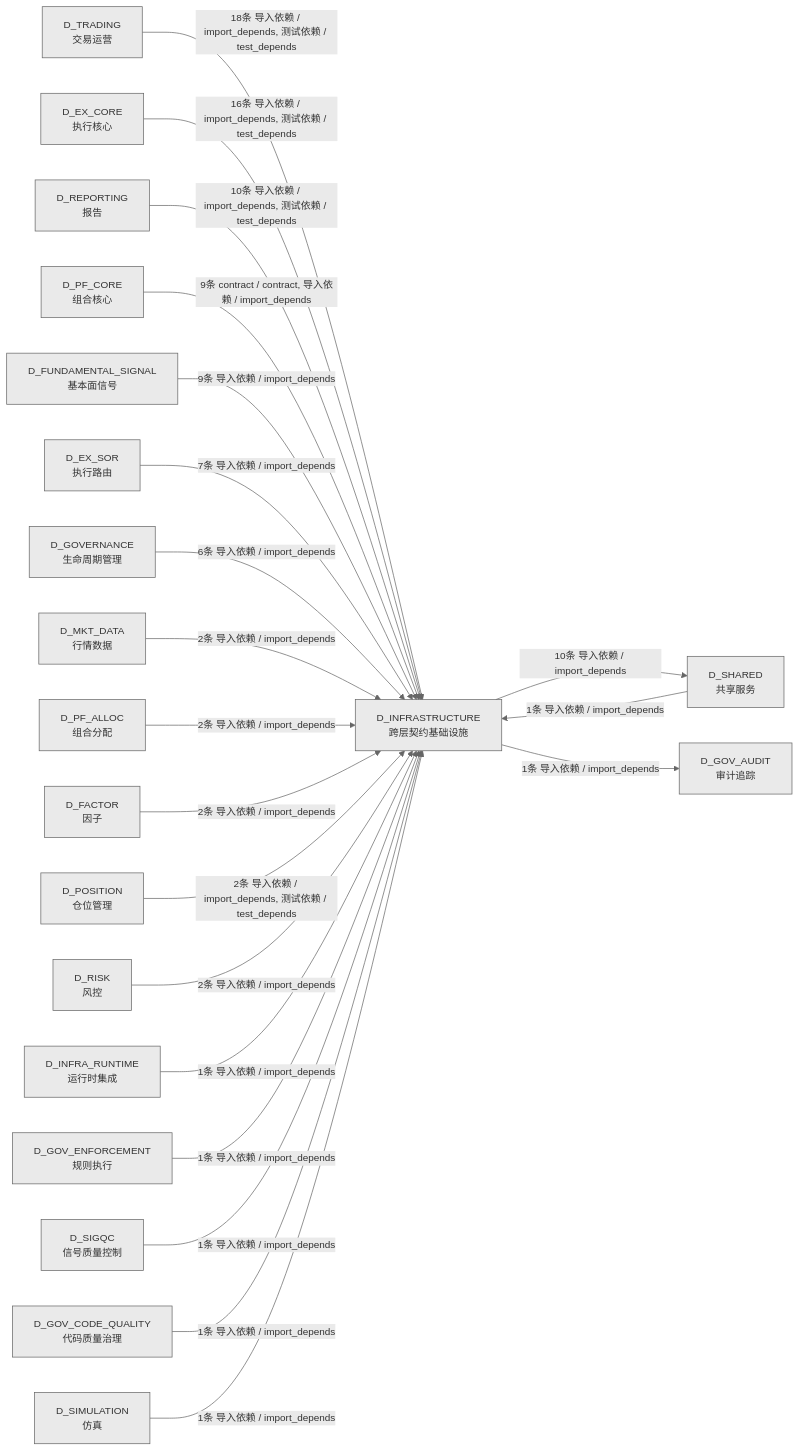
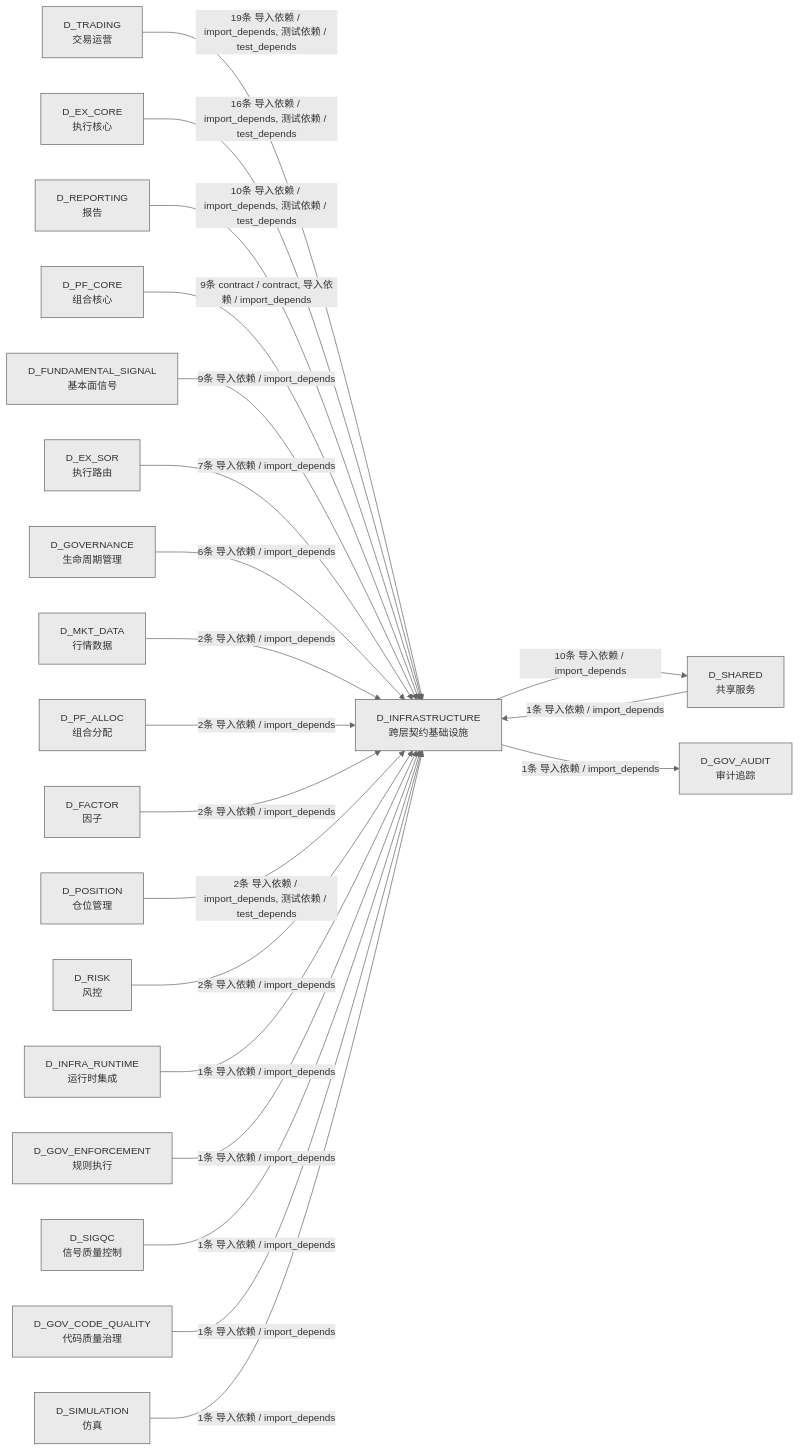
One commit to xuanFelixVan/ZephyrAlpha changed the third of 3 diagrams in docs/02_enterprise_architecture/02_domain_architecture_docs/02_d_infrastructure.md. Above: the diagram before and after it, drawn with Mermaid. The commit also changed other lines of this file and 41 other files, not shown here.

````diff
--- a/docs/02_enterprise_architecture/02_domain_architecture_docs/02_d_infrastructure.md
+++ b/docs/02_enterprise_architecture/02_domain_architecture_docs/02_d_infrastructure.md
@@ -338,44 +340,44 @@
 ```mermaid
 %%{init: {'theme': 'base', 'themeVariables': {'primaryColor': '#eaeaea', 'primaryTextColor': '#333333', 'primaryBorderColor': '#666666', 'lineColor': '#666666', 'secondaryColor': '#eaeaea', 'tertiaryColor': '#eaeaea', 'fontSize': '14px'}}}%%
 graph LR
     D_INFRASTRUCTURE["D_INFRASTRUCTURE<br/>跨层契约基础设施"]
     D_SHARED["D_SHARED<br/>共享服务"]
     D_GOV_AUDIT["D_GOV_AUDIT<br/>审计追踪"]
     D_TRADING["D_TRADING<br/>交易运营"]
     D_EX_CORE["D_EX_CORE<br/>执行核心"]
     D_REPORTING["D_REPORTING<br/>报告"]
     D_PF_CORE["D_PF_CORE<br/>组合核心"]
     D_FUNDAMENTAL_SIGNAL["D_FUNDAMENTAL_SIGNAL<br/>基本面信号"]
     D_EX_SOR["D_EX_SOR<br/>执行路由"]
     D_GOVERNANCE["D_GOVERNANCE<br/>生命周期管理"]
     D_MKT_DATA["D_MKT_DATA<br/>行情数据"]
     D_PF_ALLOC["D_PF_ALLOC<br/>组合分配"]
     D_FACTOR["D_FACTOR<br/>因子"]
     D_POSITION["D_POSITION<br/>仓位管理"]
     D_RISK["D_RISK<br/>风控"]
     D_INFRA_RUNTIME["D_INFRA_RUNTIME<br/>运行时集成"]
     D_GOV_ENFORCEMENT["D_GOV_ENFORCEMENT<br/>规则执行"]
     D_SIGQC["D_SIGQC<br/>信号质量控制"]
     D_GOV_CODE_QUALITY["D_GOV_CODE_QUALITY<br/>代码质量治理"]
     D_SIMULATION["D_SIMULATION<br/>仿真"]
     D_INFRASTRUCTURE -->|10条 导入依赖 / import_depends| D_SHARED
     D_INFRASTRUCTURE -->|1条 导入依赖 / import_depends| D_GOV_AUDIT
-    D_TRADING -->|18条 导入依赖 / import_depends, 测试依赖 / test_depends| D_INFRASTRUCTURE
+    D_TRADING -->|19条 导入依赖 / import_depends, 测试依赖 / test_depends| D_INFRASTRUCTURE
     D_EX_CORE -->|16条 导入依赖 / import_depends, 测试依赖 / test_depends| D_INFRASTRUCTURE
     D_REPORTING -->|10条 导入依赖 / import_depends, 测试依赖 / test_depends| D_INFRASTRUCTURE
     D_PF_CORE -->|9条 contract / contract, 导入依赖 / import_depends| D_INFRASTRUCTURE
     D_FUNDAMENTAL_SIGNAL -->|9条 导入依赖 / import_depends| D_INFRASTRUCTURE
     D_EX_SOR -->|7条 导入依赖 / import_depends| D_INFRASTRUCTURE
     D_GOVERNANCE -->|6条 导入依赖 / import_depends| D_INFRASTRUCTURE
     D_MKT_DATA -->|2条 导入依赖 / import_depends| D_INFRASTRUCTURE
     D_PF_ALLOC -->|2条 导入依赖 / import_depends| D_INFRASTRUCTURE
     D_FACTOR -->|2条 导入依赖 / import_depends| D_INFRASTRUCTURE
     D_POSITION -->|2条 导入依赖 / import_depends, 测试依赖 / test_depends| D_INFRASTRUCTURE
     D_RISK -->|2条 导入依赖 / import_depends| D_INFRASTRUCTURE
     D_INFRA_RUNTIME -->|1条 导入依赖 / import_depends| D_INFRASTRUCTURE
     D_GOV_ENFORCEMENT -->|1条 导入依赖 / import_depends| D_INFRASTRUCTURE
     D_SHARED -->|1条 导入依赖 / import_depends| D_INFRASTRUCTURE
     D_SIGQC -->|1条 导入依赖 / import_depends| D_INFRASTRUCTURE
     D_GOV_CODE_QUALITY -->|1条 导入依赖 / import_depends| D_INFRASTRUCTURE
     D_SIMULATION -->|1条 导入依赖 / import_depends| D_INFRASTRUCTURE
 ```
````
